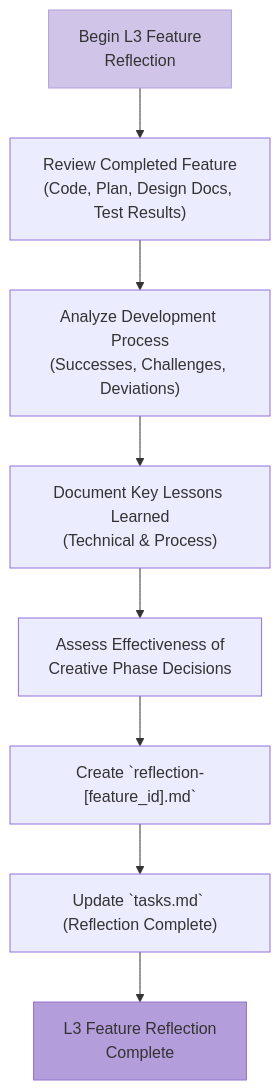
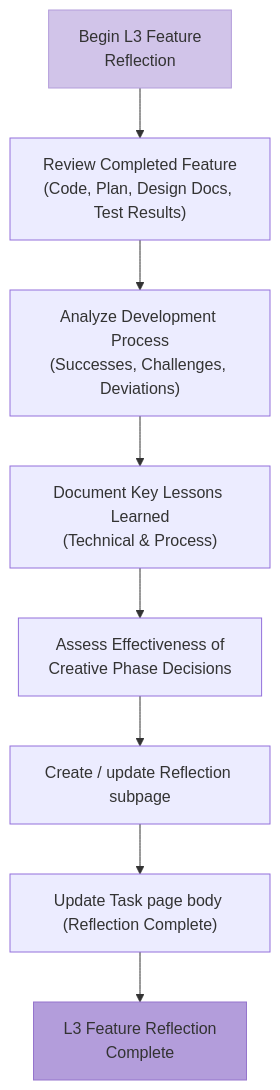
The seventh of 8 diagrams in .cursor/rules/isolation_rules/Level3/workflow-level3.mdc (xianzhu21/cursor-memory-notion), drawn with Mermaid before and after one commit. The commit also changed other lines of this file and 37 other files, not shown here.

````diff
--- a/.cursor/rules/isolation_rules/Level3/workflow-level3.mdc
+++ b/.cursor/rules/isolation_rules/Level3/workflow-level3.mdc
@@ -243,13 +247,13 @@
 ```mermaid
 graph TD
     StartReflect["Begin L3 Feature<br>Reflection"] --> ReviewCompleted["Review Completed Feature<br>(Code, Plan, Design Docs, Test Results)"]
     ReviewCompleted --> AnalyzeProcess["Analyze Development Process<br>(Successes, Challenges, Deviations)"]
     AnalyzeProcess --> DocumentLessons["Document Key Lessons Learned<br>(Technical & Process)"]
     DocumentLessons --> AssessDesignChoices["Assess Effectiveness of<br>Creative Phase Decisions"]
-    AssessDesignChoices --> CreateReflectDoc["Create `reflection-[feature_id].md`"]
-    CreateReflectDoc --> UpdateTasksReflect["Update `tasks.md` (Reflection Complete)"]
+    AssessDesignChoices --> CreateReflectDoc["Create / update Reflection subpage"]
+    CreateReflectDoc --> UpdateTasksReflect["Update Task page body (Reflection Complete)"]
     UpdateTasksReflect --> ReflectComplete["L3 Feature Reflection<br>Complete"]
 
     style StartReflect fill:#d1c4e9,stroke:#b39ddb
     style ReflectComplete fill:#b39ddb,stroke:#9575cd
 ```
````
